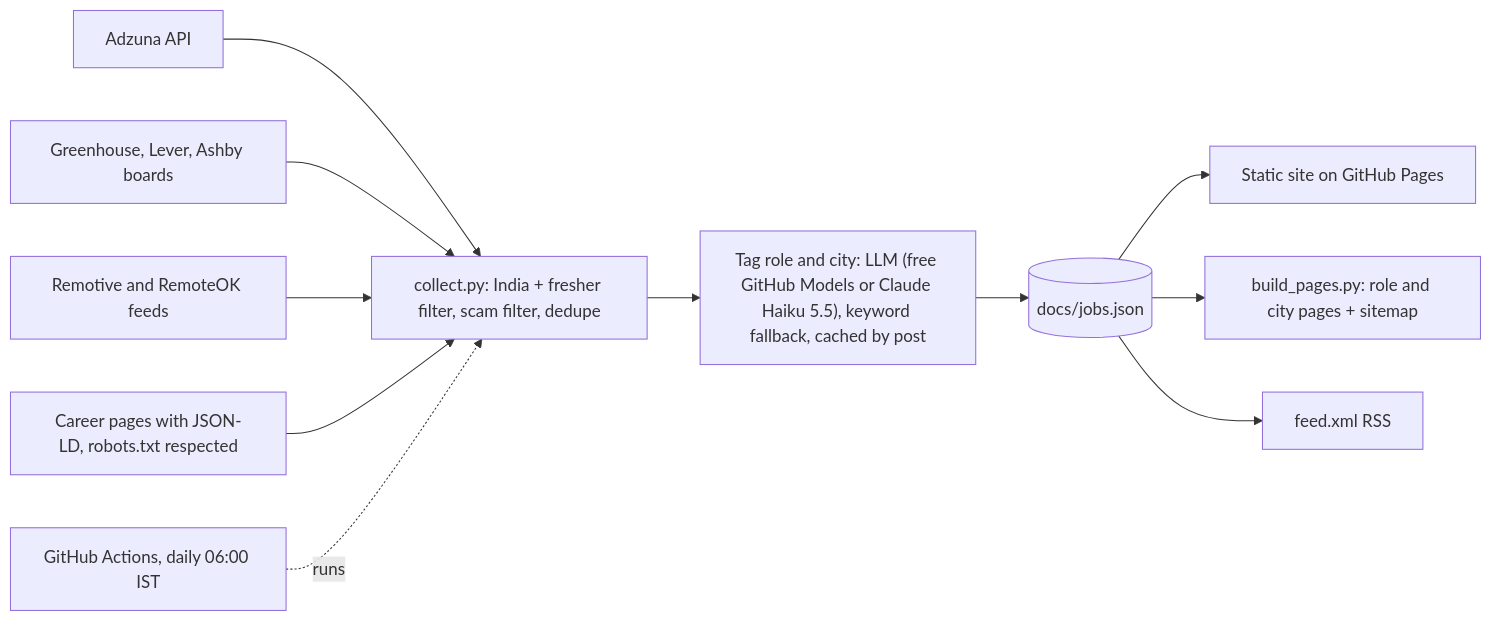
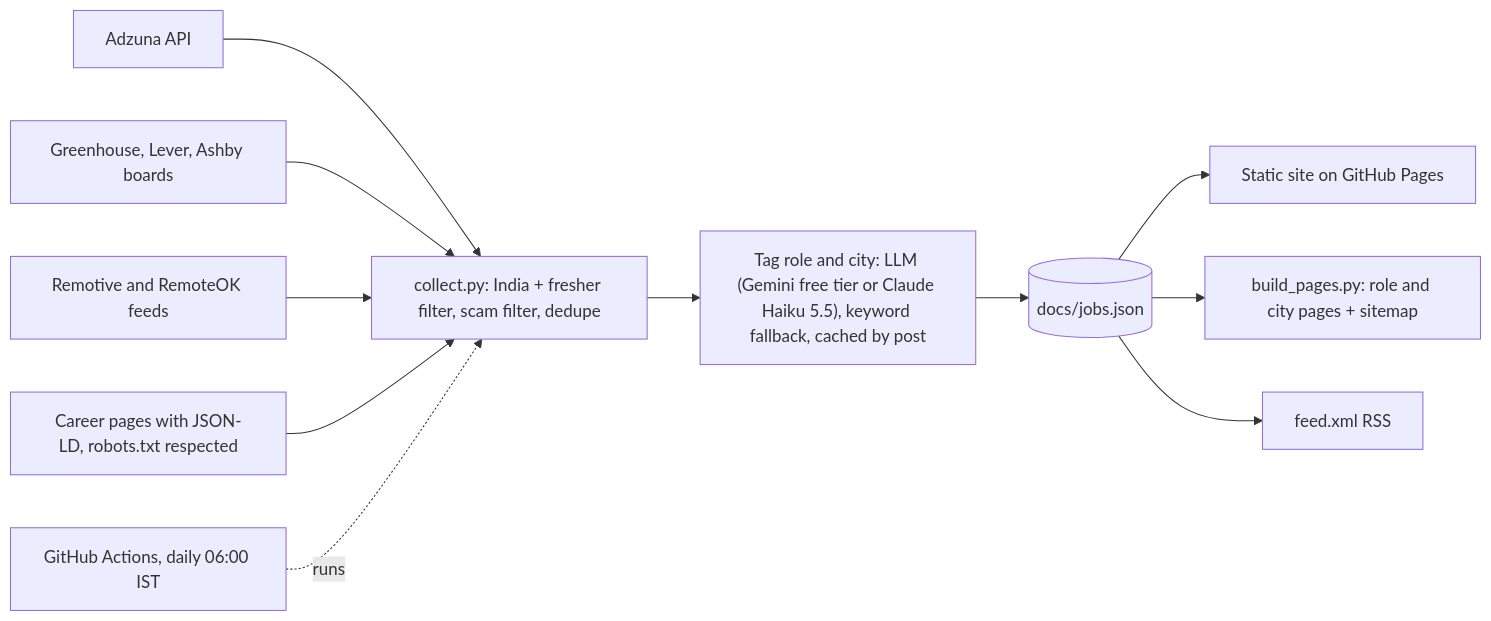
One commit to Papaplayer01/jobearth changed the diagram in README.md. Above: the diagram before and after it, drawn with Mermaid. The commit also changed other lines of this file and 5 other files, not shown here.

````diff
--- a/README.md
+++ b/README.md
@@ -9,13 +9,13 @@
 ```mermaid
 flowchart LR
   A[Adzuna API] --> C
   B[Greenhouse, Lever, Ashby boards] --> C
   R[Remotive and RemoteOK feeds] --> C
   J[Career pages with JSON-LD, robots.txt respected] --> C
-  C["collect.py: India + fresher filter, scam filter, dedupe"] --> T["Tag role and city: LLM (free GitHub Models or Claude Haiku 5.5), keyword fallback, cached by post"]
+  C["collect.py: India + fresher filter, scam filter, dedupe"] --> T["Tag role and city: LLM (Gemini free tier or Claude Haiku 5.5), keyword fallback, cached by post"]
   T --> D[("docs/jobs.json")]
   D --> S[Static site on GitHub Pages]
   D --> P["build_pages.py: role and city pages + sitemap"]
   D --> F[feed.xml RSS]
   G["GitHub Actions, daily 06:00 IST"] -. runs .-> C
 ```
````
